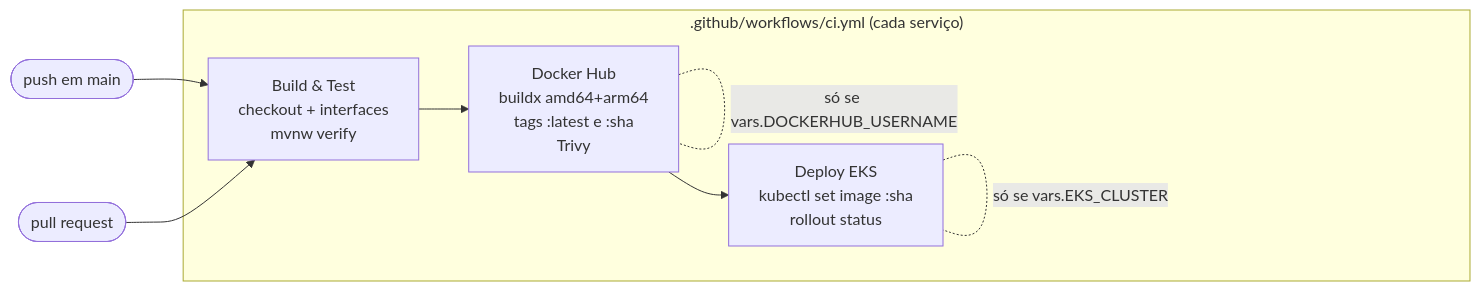
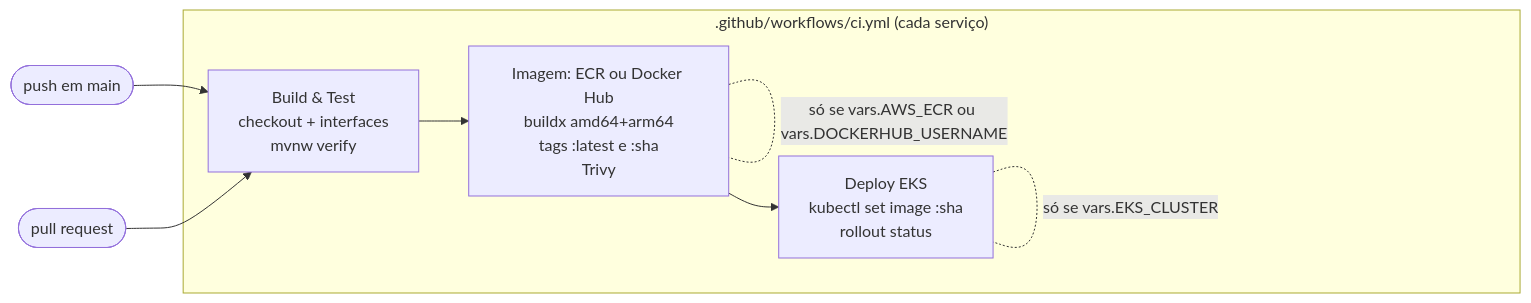
Before and after one commit to EuMiguelll/Projeto-PMA: the diagram in docs/projeto/cicd.md, drawn with Mermaid. The commit also changed other lines of this file and 23 other files, not shown here.

````diff
--- a/docs/projeto/cicd.md
+++ b/docs/projeto/cicd.md
@@ -7,11 +8,11 @@
 ```mermaid
 flowchart LR
     push([push em main]) --> build
     subgraph wf [".github/workflows/ci.yml (cada serviço)"]
-        build["Build & Test<br/>checkout + interfaces<br/>mvnw verify"] --> image["Docker Hub<br/>buildx amd64+arm64<br/>tags :latest e :sha<br/>Trivy"]
+        build["Build & Test<br/>checkout + interfaces<br/>mvnw verify"] --> image["Imagem: ECR ou Docker Hub<br/>buildx amd64+arm64<br/>tags :latest e :sha<br/>Trivy"]
         image --> deploy["Deploy EKS<br/>kubectl set image :sha<br/>rollout status"]
     end
     pr([pull request]) --> build
-    image -. "só se vars.DOCKERHUB_USERNAME" .- image
+    image -. "só se vars.AWS_ECR ou vars.DOCKERHUB_USERNAME" .- image
     deploy -. "só se vars.EKS_CLUSTER" .- deploy
 ```
````
